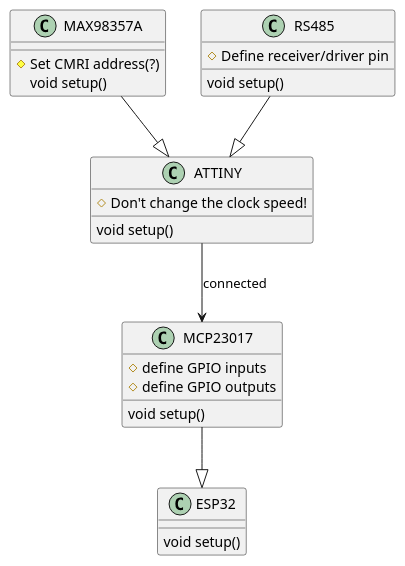
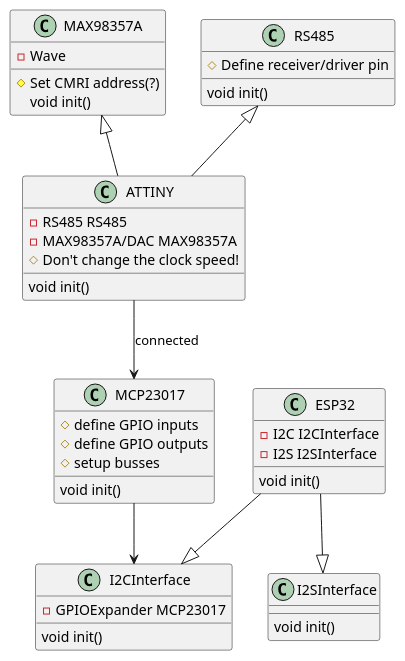
The diagram in Braille_Project/main/I2C.puml (nathe6/ENGR696-Braille), drawn with PlantUML before and after one commit. The commit also changed 19 other files, not shown here.

Commit message:
Edited UML

```diff
--- a/Braille_Project/main/I2C.puml
+++ b/Braille_Project/main/I2C.puml
@@ -1,38 +1,55 @@
 @startuml ESP32
 
 together {
 
     class ESP32 {
-        void setup()
+        - I2C I2CInterface
+        - I2S I2SInterface
+        void init()
+    }
+
+    class I2CInterface {
+        - GPIOExpander MCP23017
+        void init()
+    }
+
+    class I2SInterface {
+        void init()
     }
 
     class ATTINY {
+        - RS485 RS485
+        - MAX98357A/DAC MAX98357A
         #Don't change the clock speed!
-        void setup()
+        void init()
         
     }
 
     class RS485 {
         #Define receiver/driver pin
-        void setup()
+        void init()
     }
 
     class MCP23017 {
         #define GPIO inputs
         #define GPIO outputs
-        void setup()
+        #setup busses
+        void init()
     }
 
     class MAX98357A {
+        - Wave
         #Set CMRI address(?)
-        void setup()
+        void init()
     }
 
-    MCP23017 --|> ESP32
+    ESP32 --|> I2CInterface
+    ESP32 --|> I2SInterface
+    MCP23017 --> I2CInterface
     ATTINY --> MCP23017 : connected 
-    RS485 --|> ATTINY
-    MAX98357A --|> ATTINY
+    RS485 <|-- ATTINY
+    MAX98357A <|-- ATTINY
 
 }
 
 @enduml
```
